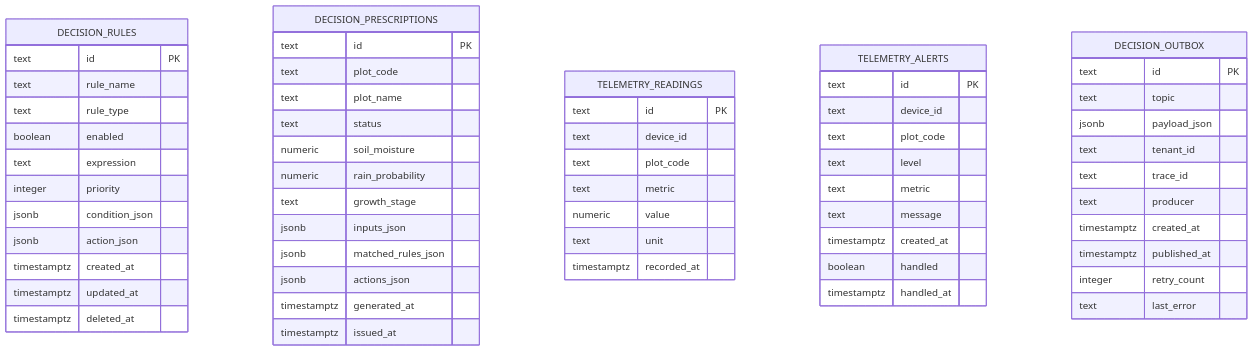
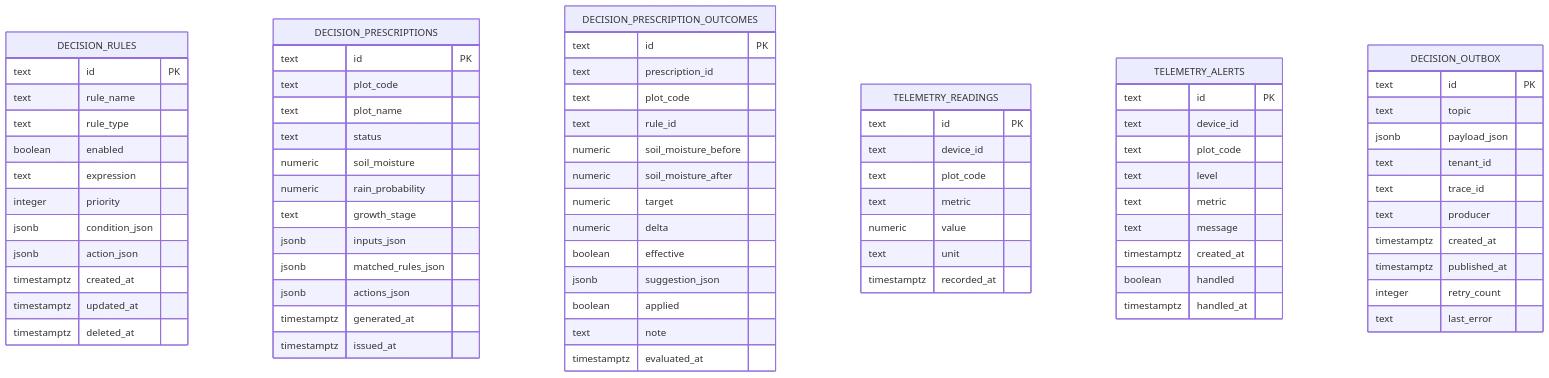
One commit to q446328246/agri-platform changed the tenth of 11 diagrams in .qoder/repowiki/zh/content/核心服务文档/智能决策服务/智能决策服务.md. Above: the diagram before and after it, drawn with Mermaid. The commit also changed other lines of this file and 84 other files, not shown here.

````diff
--- a/.qoder/repowiki/zh/content/核心服务文档/智能决策服务/智能决策服务.md
+++ b/.qoder/repowiki/zh/content/核心服务文档/智能决策服务/智能决策服务.md
@@ -448,62 +590,77 @@
 ```mermaid
 erDiagram
 DECISION_RULES {
 text id PK
 text rule_name
 text rule_type
 boolean enabled
 text expression
 integer priority
 jsonb condition_json
 jsonb action_json
 timestamptz created_at
 timestamptz updated_at
 timestamptz deleted_at
 }
 DECISION_PRESCRIPTIONS {
 text id PK
 text plot_code
 text plot_name
 text status
 numeric soil_moisture
 numeric rain_probability
 text growth_stage
 jsonb inputs_json
 jsonb matched_rules_json
 jsonb actions_json
 timestamptz generated_at
 timestamptz issued_at
+}
+DECISION_PRESCRIPTION_OUTCOMES {
+text id PK
+text prescription_id
+text plot_code
+text rule_id
+numeric soil_moisture_before
+numeric soil_moisture_after
+numeric target
+numeric delta
+boolean effective
+jsonb suggestion_json
+boolean applied
+text note
+timestamptz evaluated_at
 }
 TELEMETRY_READINGS {
 text id PK
 text device_id
 text plot_code
 text metric
 numeric value
 text unit
 timestamptz recorded_at
 }
 TELEMETRY_ALERTS {
 text id PK
 text device_id
 text plot_code
 text level
 text metric
 text message
 timestamptz created_at
 boolean handled
 timestamptz handled_at
 }
 DECISION_OUTBOX {
 text id PK
 text topic
 jsonb payload_json
 text tenant_id
 text trace_id
 text producer
 timestamptz created_at
 timestamptz published_at
 integer retry_count
 text last_error
 }
 ```
````
